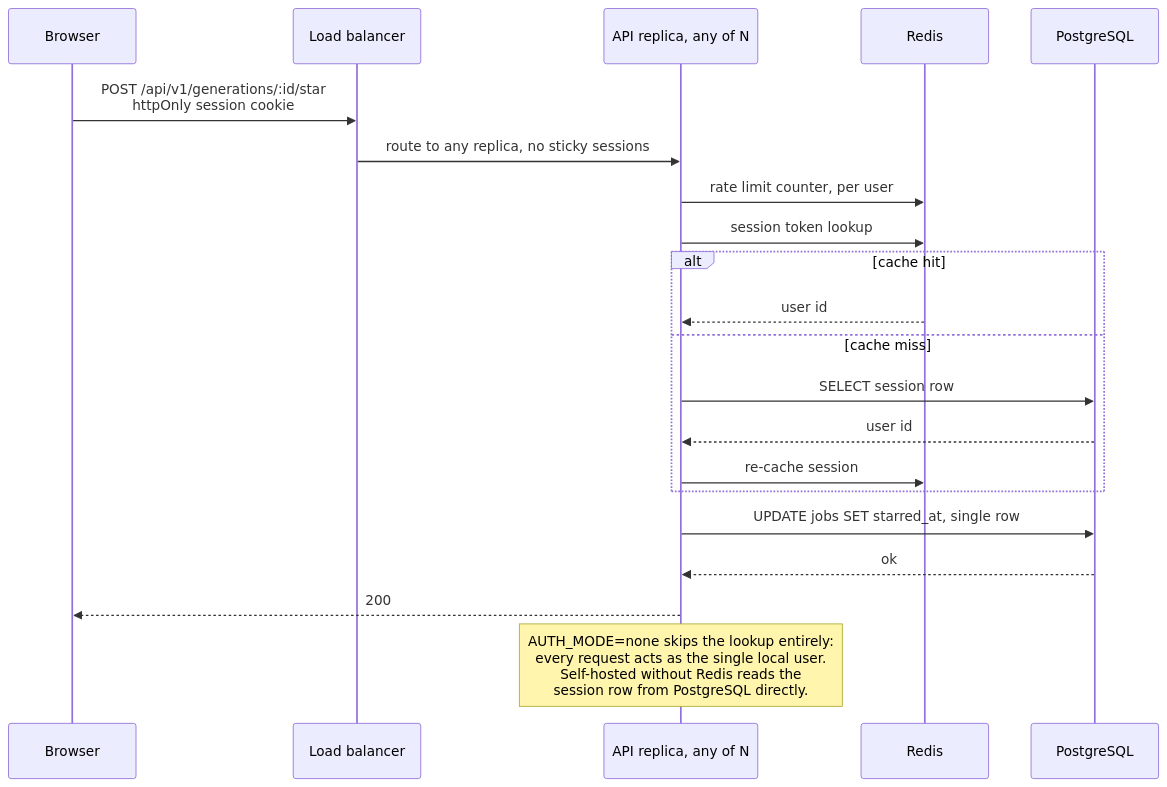
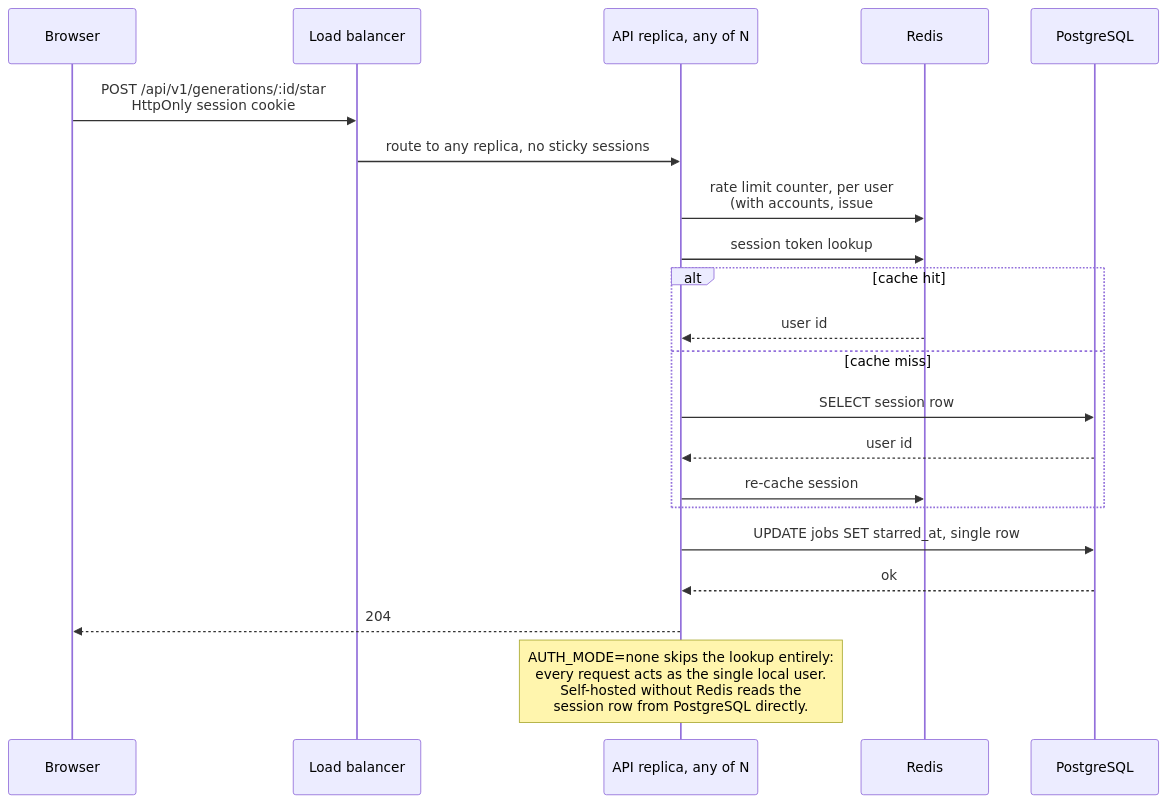
One commit to Portocolom-Studio/potocolom changed diagram 12 of 15 in docs/architecture.md. Above: the diagram before and after it, drawn with Mermaid. The commit also changed other lines of this file, not shown here.

First line of the commit message:
Correct the trust boundaries the new diagrams drew wrongly

````diff
--- a/docs/architecture.md
+++ b/docs/architecture.md
@@ -390,23 +392,23 @@
 ```mermaid
 sequenceDiagram
     participant B as Browser
     participant LB as Load balancer
     participant A as API replica, any of N
     participant R as Redis
     participant P as PostgreSQL
-    B->>LB: POST /api/v1/generations/:id/star<br>httpOnly session cookie
+    B->>LB: POST /api/v1/generations/:id/star<br>HttpOnly session cookie
     LB->>A: route to any replica, no sticky sessions
-    A->>R: rate limit counter, per user
+    A->>R: rate limit counter, per user<br>(with accounts, issue #5)
     A->>R: session token lookup
     alt cache hit
         R-->>A: user id
     else cache miss
         A->>P: SELECT session row
         P-->>A: user id
         A->>R: re-cache session
     end
     A->>P: UPDATE jobs SET starred_at, single row
     P-->>A: ok
-    A-->>B: 200
+    A-->>B: 204
     note over A: AUTH_MODE=none skips the lookup entirely:<br>every request acts as the single local user.<br>Self-hosted without Redis reads the<br>session row from PostgreSQL directly.
 ```
````
